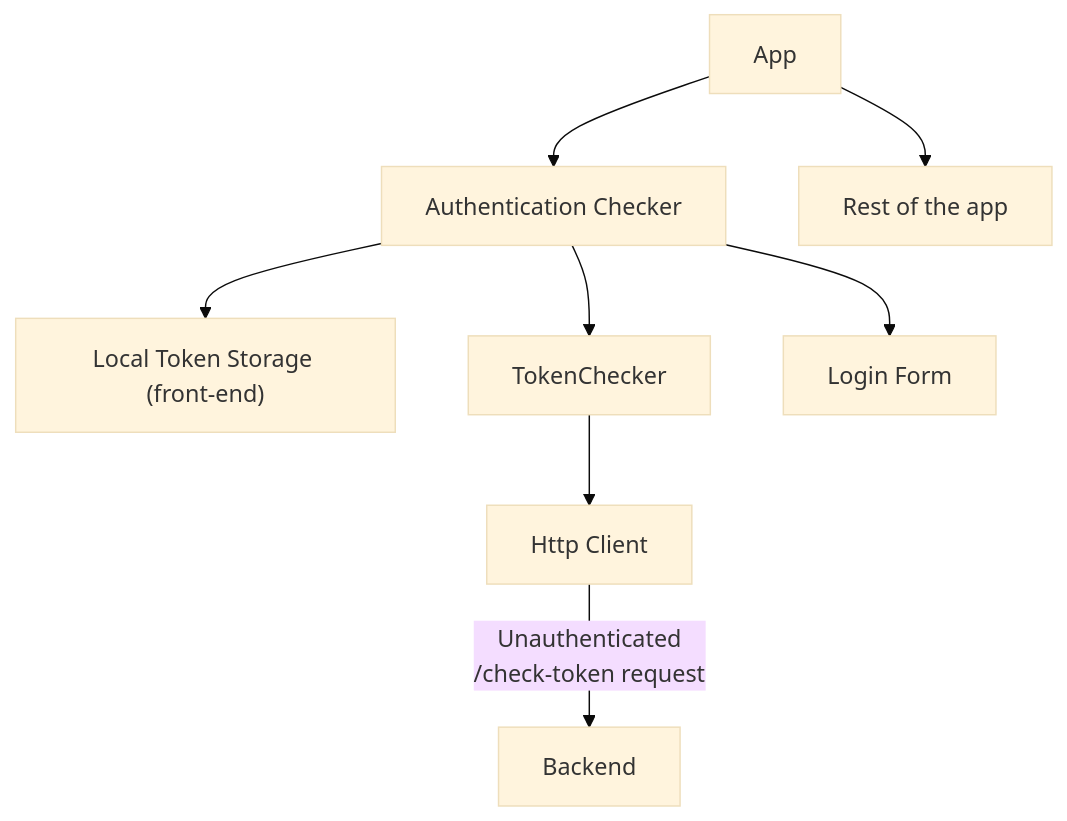
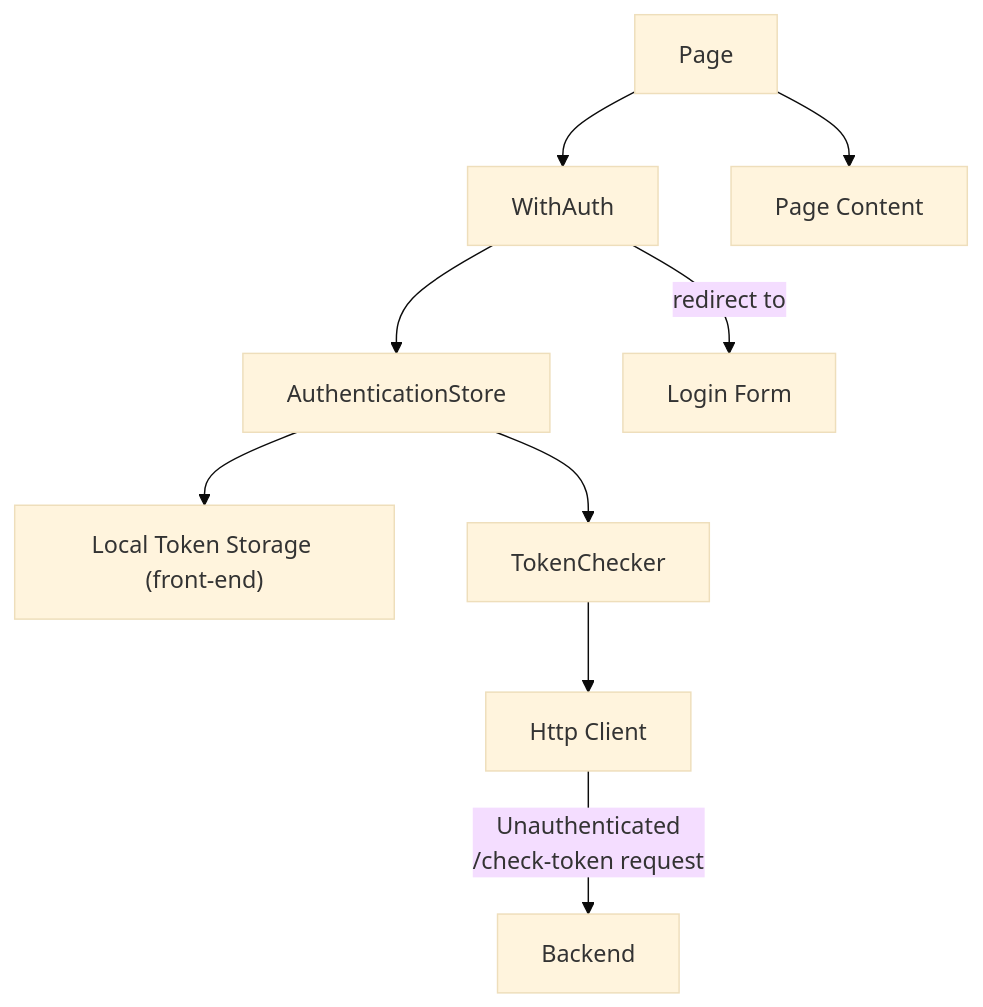
The seventh of 7 diagrams in design-docs/001-simple-authentication.md (GautierBlandin/context-gpt), drawn with Mermaid (base theme) before and after one commit. The commit also changed other lines of this file, not shown here.

Commit message:
authentication: improve authentication design

````diff
--- a/design-docs/001-simple-authentication.md
+++ b/design-docs/001-simple-authentication.md
@@ -138,8 +134,9 @@
 ```mermaid
 graph TD
-  App --> AuthenticationChecker[Authentication Checker]
-  App --> RestOfTheApp[Rest of the app]
-  AuthenticationChecker --> LocalTokenStorage["Local Token Storage (front-end)"]
-  AuthenticationChecker --> TokenChecker --> HttpClient[Http Client] --Unauthenticated \n /check-token request--> Backend[Backend]
-  AuthenticationChecker --> LoginForm[Login Form]
+  Page --> WithAuth
+  Page --> PageContent[Page Content]
+  WithAuth --> AuthenticationStore
+  WithAuth -- redirect to --> LoginForm[Login Form]
+  AuthenticationStore --> LocalTokenStorage["Local Token Storage (front-end)"]
+  AuthenticationStore --> TokenChecker --> HttpClient[Http Client] --Unauthenticated \n /check-token request--> Backend[Backend]
 ```
````
